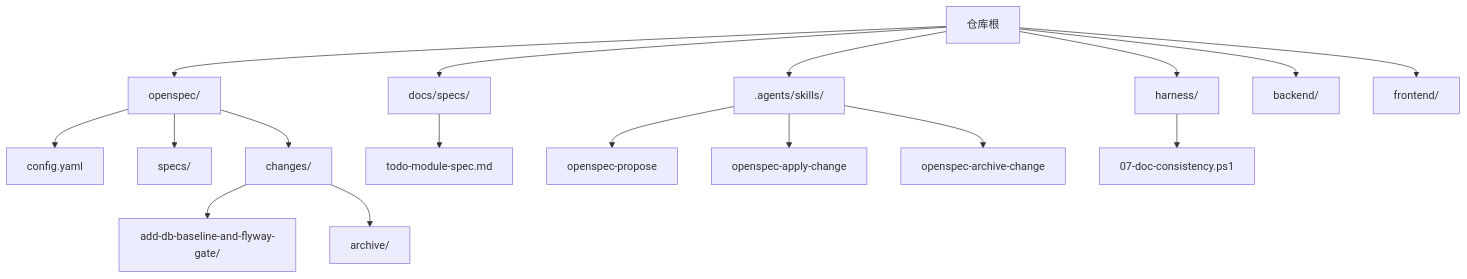
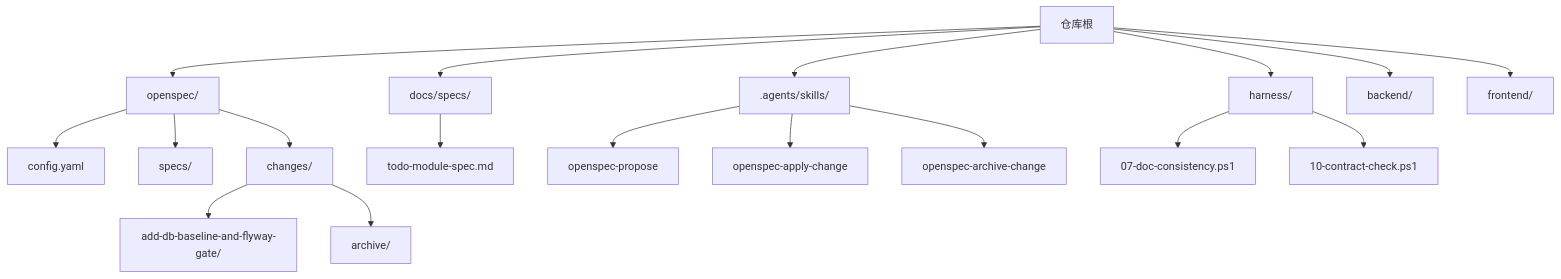
One commit to luyitiger6/my-first-project changed the first of 11 diagrams in .qoder/repowiki/zh/content/规格驱动开发/规格驱动开发.md. Above: the diagram before and after it, drawn with Mermaid. The commit also changed other lines of this file and 54 other files, not shown here.

````diff
--- a/.qoder/repowiki/zh/content/规格驱动开发/规格驱动开发.md
+++ b/.qoder/repowiki/zh/content/规格驱动开发/规格驱动开发.md
@@ -71,19 +82,20 @@
 ```mermaid
 graph TB
 A["仓库根"] --> B["openspec/"]
 A --> C["harness/"]
 A --> D[".agents/skills/"]
 A --> E["docs/specs/"]
 A --> F["backend/"]
 A --> G["frontend/"]
 B --> B1["config.yaml"]
 B --> B2["specs/"]
 B --> B3["changes/"]
 B3 --> B3a["add-db-baseline-and-flyway-gate/"]
 B3 --> B3b["archive/"]
 E --> E1["todo-module-spec.md"]
 D --> D1["openspec-propose"]
 D --> D2["openspec-apply-change"]
 D --> D3["openspec-archive-change"]
 C --> C1["07-doc-consistency.ps1"]
+C --> C2["10-contract-check.ps1"]
 ```
````
